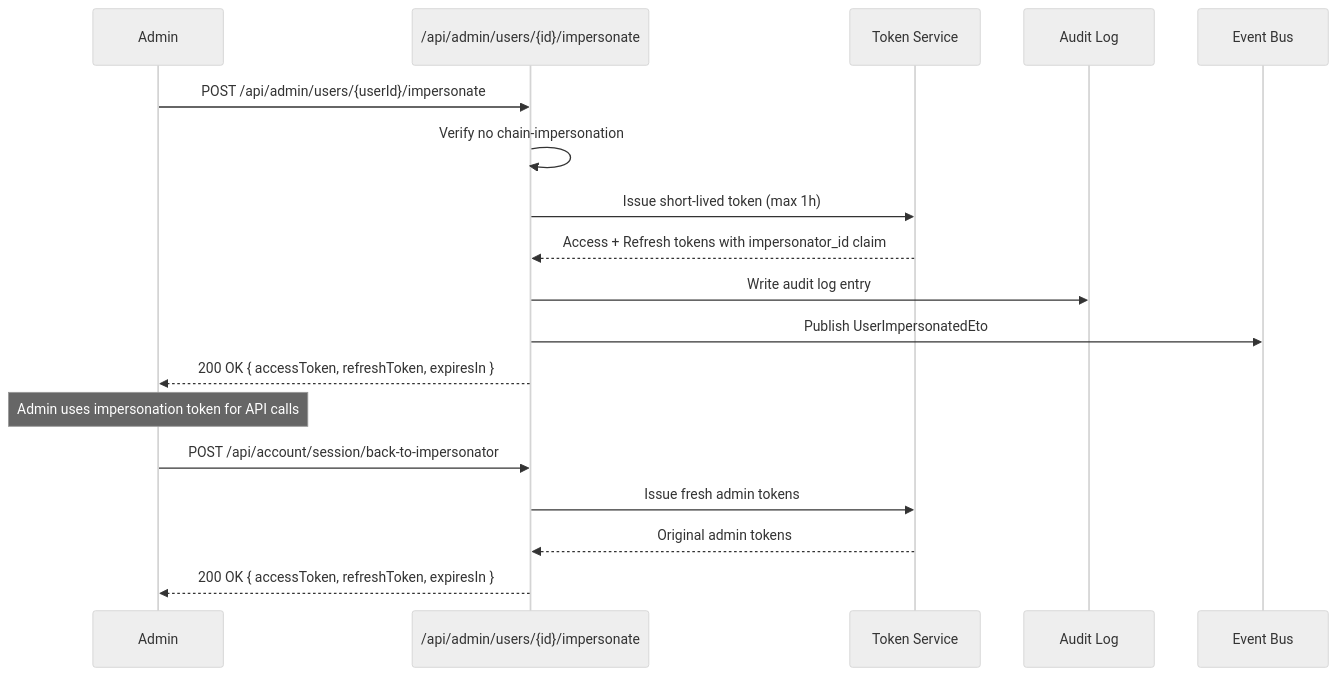
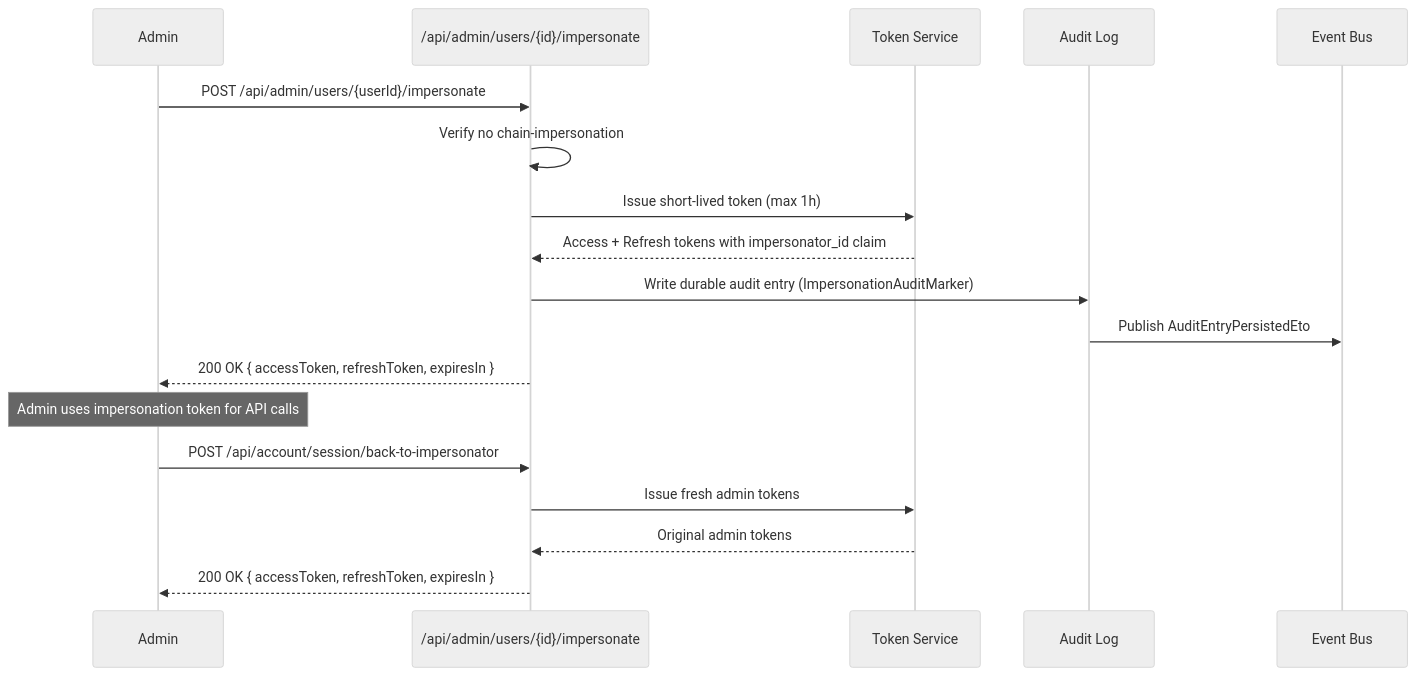
Before and after one commit to granit-fx/granit-docs: the first of 2 diagrams in src/content/docs/dotnet/security/openiddict/advanced/index.mdx, drawn with Mermaid (neutral theme). The commit also changed other lines of this file and 22 other files, not shown here.

````diff
--- a/src/content/docs/dotnet/security/openiddict/advanced/index.mdx
+++ b/src/content/docs/dotnet/security/openiddict/advanced/index.mdx
@@ -84,23 +84,23 @@
 ```mermaid
 sequenceDiagram
     participant Admin
     participant API as /api/admin/users/{id}/impersonate
     participant Token as Token Service
     participant Audit as Audit Log
     participant Events as Event Bus
 
     Admin->>API: POST /api/admin/users/{userId}/impersonate
     API->>API: Verify no chain-impersonation
     API->>Token: Issue short-lived token (max 1h)
     Token-->>API: Access + Refresh tokens with impersonator_id claim
-    API->>Audit: Write audit log entry
-    API->>Events: Publish UserImpersonatedEto
+    API->>Audit: Write durable audit entry (ImpersonationAuditMarker)
+    Audit->>Events: Publish AuditEntryPersistedEto
     API-->>Admin: 200 OK { accessToken, refreshToken, expiresIn }
 
     Note over Admin: Admin uses impersonation token for API calls
 
     Admin->>API: POST /api/account/session/back-to-impersonator
     API->>Token: Issue fresh admin tokens
     Token-->>API: Original admin tokens
     API-->>Admin: 200 OK { accessToken, refreshToken, expiresIn }
 ```
````
